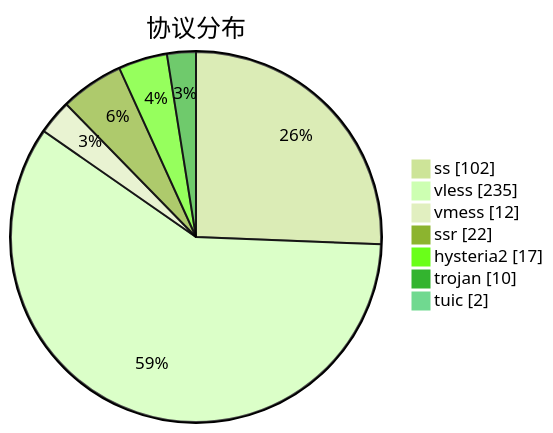
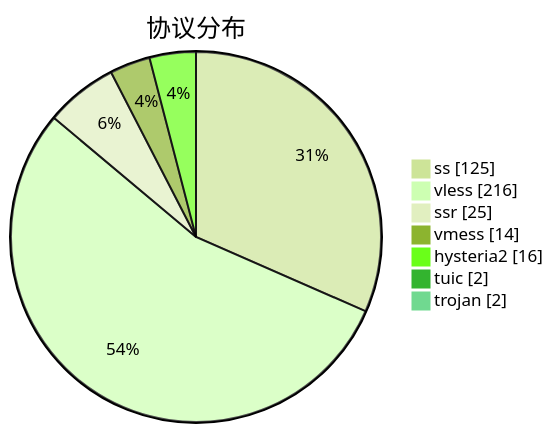
Before and after one commit to qjlxg/airport: the third of 3 diagrams in subs/statistics/tested_within.md, drawn with Mermaid (forest theme). The commit also changed other lines of this file and 2 other files, not shown here.

````diff
--- a/subs/statistics/tested_within.md
+++ b/subs/statistics/tested_within.md
@@ -28,11 +32,11 @@
 ```mermaid
 pie showData
 title 协议分布
-"ss" : 102
-"vless" : 235
-"vmess" : 12
-"ssr" : 22
-"hysteria2" : 17
-"trojan" : 10
+"ss" : 125
+"vless" : 216
+"ssr" : 25
+"vmess" : 14
+"hysteria2" : 16
 "tuic" : 2
+"trojan" : 2
 ```
````
